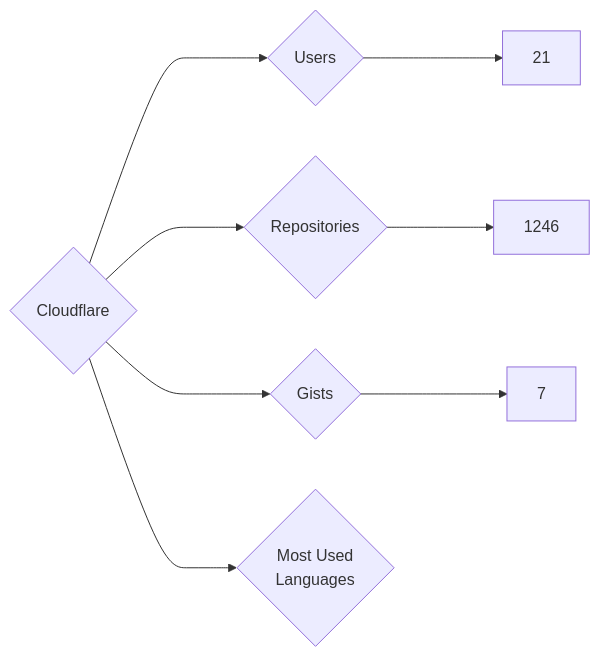
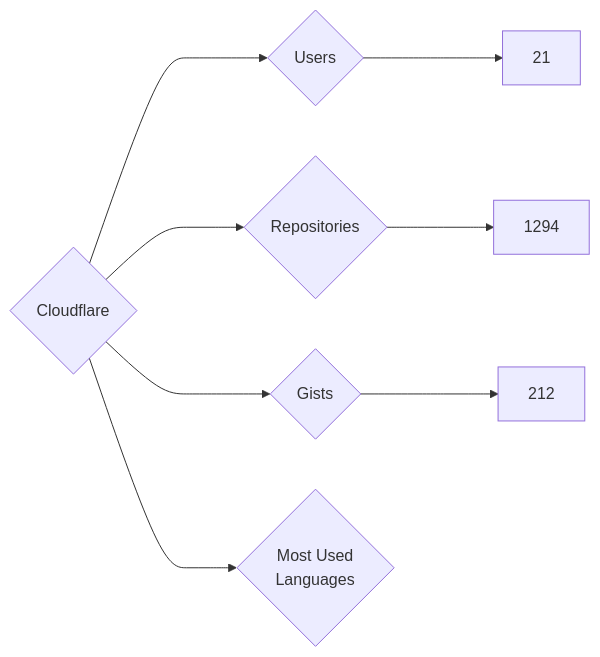
The diagram in targets/Cloudflare/README.md (nenadzaric/insiders), drawn with Mermaid before and after one commit. The commit also changed 1342 other files, not shown here.

````diff
--- a/targets/Cloudflare/README.md
+++ b/targets/Cloudflare/README.md
@@ -3,8 +3,8 @@
 ```mermaid
 graph LR
 COMPANY_NAME{Cloudflare}
 COMPANY_NAME ---> U{Users} ---> UN[21]
-COMPANY_NAME ---> R{Repositories} ---> RN[1246]
-COMPANY_NAME ---> G{Gists} ---> GN[7]
+COMPANY_NAME ---> R{Repositories} ---> RN[1294]
+COMPANY_NAME ---> G{Gists} ---> GN[212]
 COMPANY_NAME ---> ML{Most Used<br>Languages}
 ```
````
